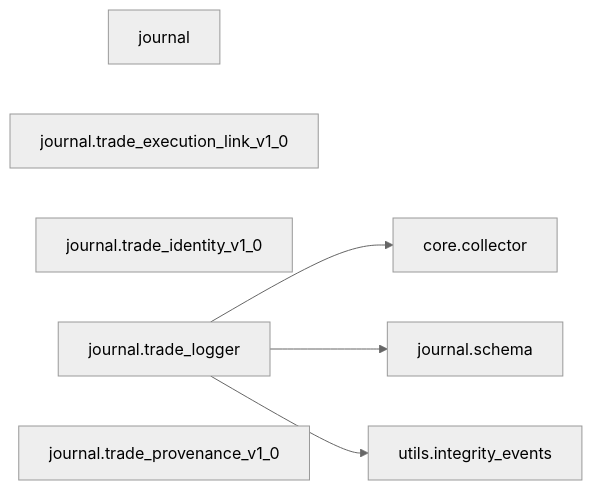
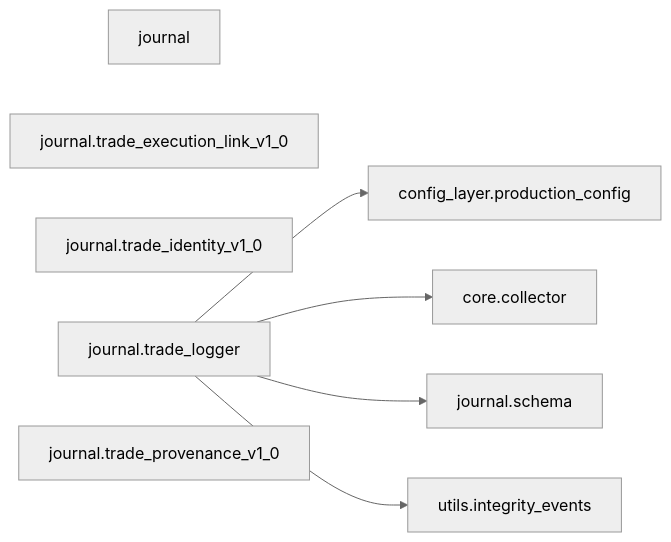
Diagram 21 of 41 in docs/architecture/code-map.generated.md (Chaithu1995-0312/TradeHlt), drawn with Mermaid (neutral theme) before and after one commit. The commit also changed other lines of this file and 6 other files, not shown here.

````diff
--- a/docs/architecture/code-map.generated.md
+++ b/docs/architecture/code-map.generated.md
@@ -1329,14 +1440,16 @@
 ```mermaid
 flowchart LR
     journal["journal"]
     journal_schema["journal.schema"]
     journal_trade_execution_link_v1_0["journal.trade_execution_link_v1_0"]
     journal_trade_identity_v1_0["journal.trade_identity_v1_0"]
     journal_trade_logger["journal.trade_logger"]
     journal_trade_provenance_v1_0["journal.trade_provenance_v1_0"]
+    config_layer_production_config["config_layer.production_config"]
     core_collector["core.collector"]
     utils_integrity_events["utils.integrity_events"]
+    journal_trade_logger --> config_layer_production_config
     journal_trade_logger --> core_collector
     journal_trade_logger --> journal_schema
     journal_trade_logger --> utils_integrity_events
 ```
````
